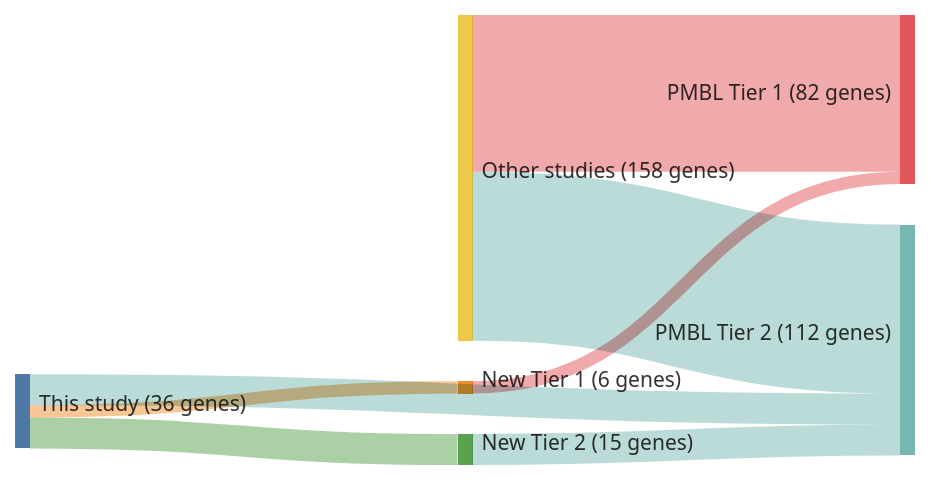
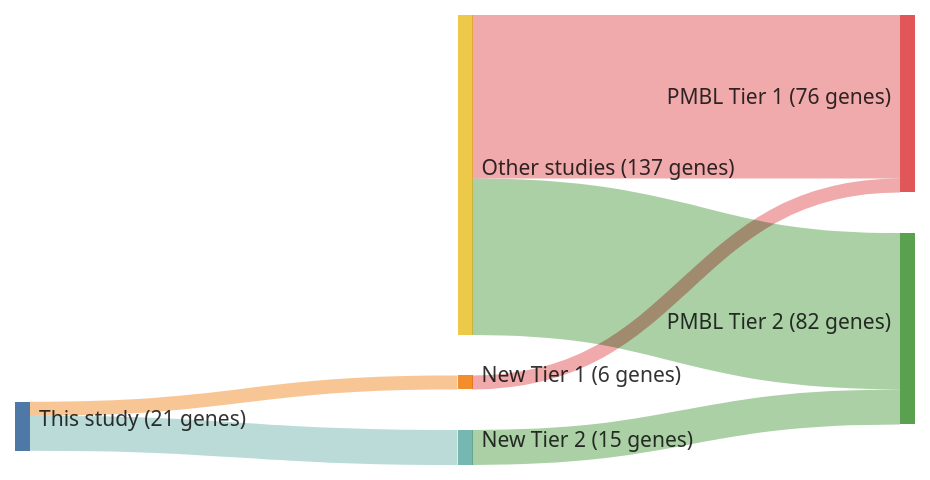
The diagram in papers/mottokIntegrativeGenomicAnalysis2019b.md (morinlab/lymphopedia), drawn with Mermaid before and after one commit. The commit also changed 81 other files, not shown here.

````diff
--- a/papers/mottokIntegrativeGenomicAnalysis2019b.md
+++ b/papers/mottokIntegrativeGenomicAnalysis2019b.md
@@ -12,21 +12,20 @@
 ```mermaid
 ---
 config:
     sankey:
         showValues: true
         linkColor: target
         width: 600
         height: 300
         nodeAlignment: right
         prefix: '('
         suffix: ' genes)'
 ---
 sankey-beta
 This study, New Tier 1, 6
 New Tier 1, PMBL Tier 1, 6
-This study, PMBL Tier 2, 15
 This study, New Tier 2, 15
 New Tier 2, PMBL Tier 2, 15
-Other studies, PMBL Tier 1, 76
-Other studies, PMBL Tier 2, 82
+Other studies, PMBL Tier 1, 70
+Other studies, PMBL Tier 2, 67
 ```
````
